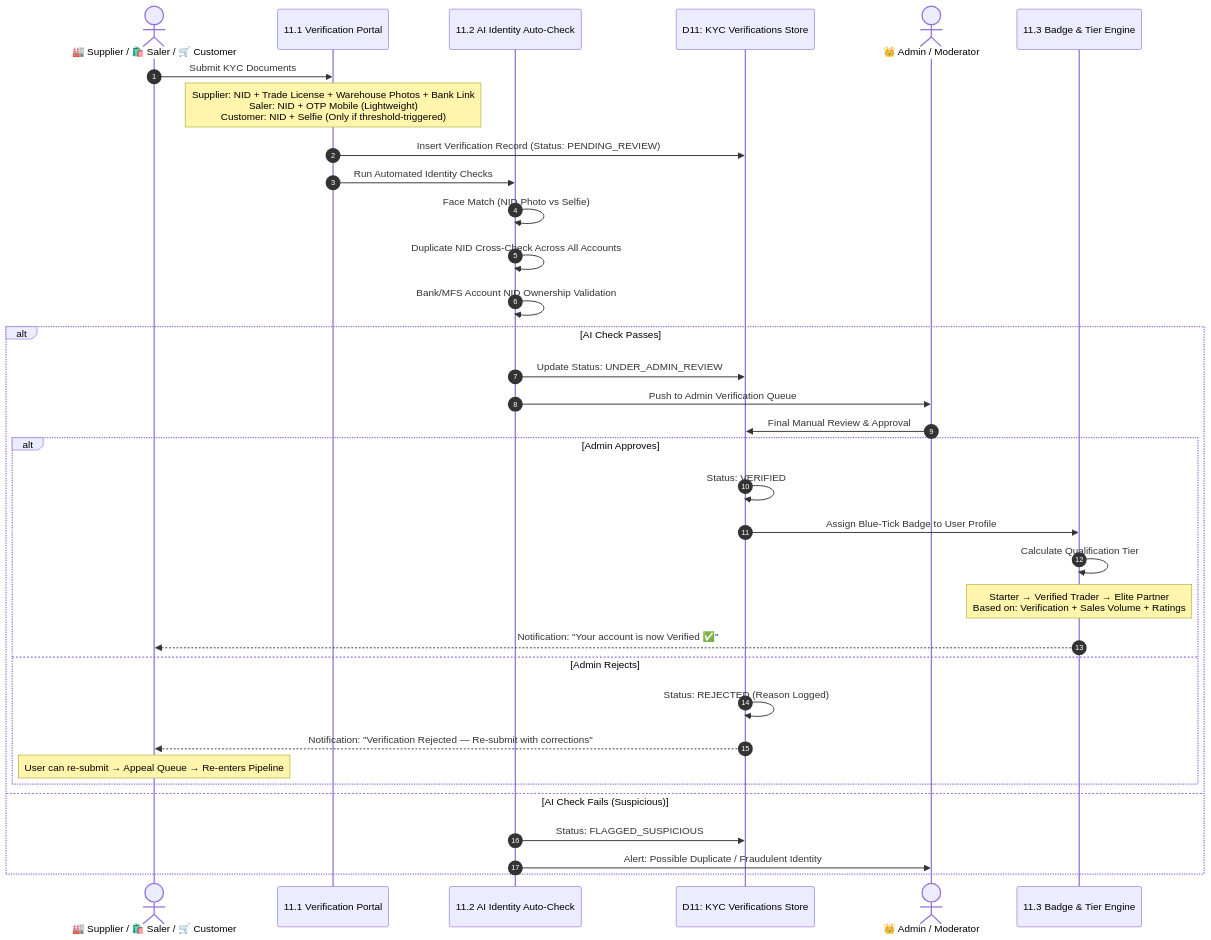
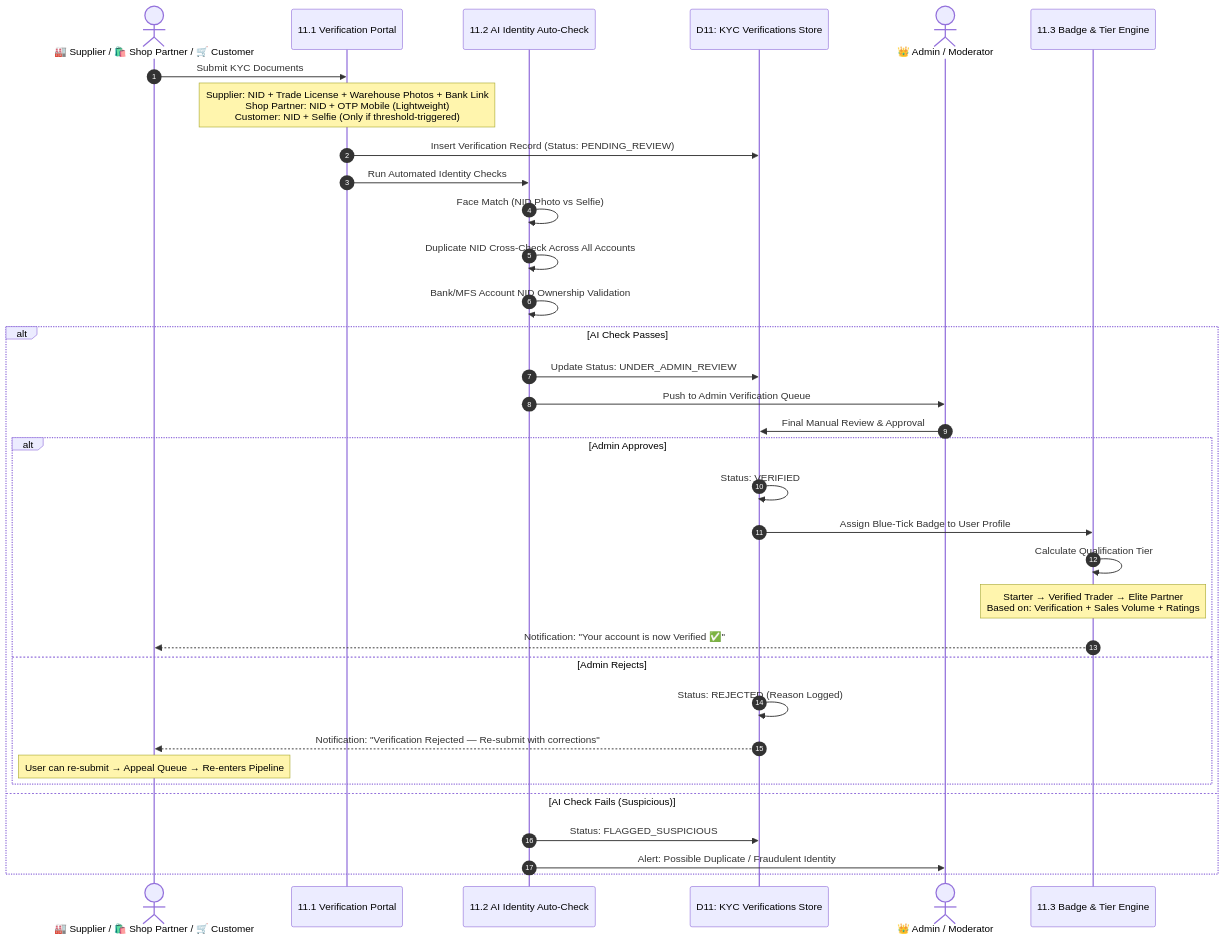
One commit to ashrafulta2/Explooro changed the ninth of 18 diagrams in docs/DFD.md. Above: the diagram before and after it, drawn with Mermaid. The commit also changed other lines of this file and 325 other files, not shown here.

First line of the commit message:
refactor: rename "Saler" and "Seller" to "Shop Partner" in all display text

````diff
--- a/docs/DFD.md
+++ b/docs/DFD.md
@@ -372,41 +372,41 @@
 ```mermaid
 sequenceDiagram
     autonumber
-    actor User as 🏭 Supplier / 🛍️ Saler / 🛒 Customer
+    actor User as 🏭 Supplier / 🛍️ Shop Partner / 🛒 Customer
     participant VerifyUI as 11.1 Verification Portal
     participant AICheck as 11.2 AI Identity Auto-Check
     participant KYC_DB as D11: KYC Verifications Store
     actor Admin as 👑 Admin / Moderator
     participant BadgeEngine as 11.3 Badge & Tier Engine
 
     User->>VerifyUI: Submit KYC Documents
-    Note over VerifyUI: Supplier: NID + Trade License + Warehouse Photos + Bank Link<br/>Saler: NID + OTP Mobile (Lightweight)<br/>Customer: NID + Selfie (Only if threshold-triggered)
+    Note over VerifyUI: Supplier: NID + Trade License + Warehouse Photos + Bank Link<br/>Shop Partner: NID + OTP Mobile (Lightweight)<br/>Customer: NID + Selfie (Only if threshold-triggered)
 
     VerifyUI->>KYC_DB: Insert Verification Record (Status: PENDING_REVIEW)
     VerifyUI->>AICheck: Run Automated Identity Checks
 
     AICheck->>AICheck: Face Match (NID Photo vs Selfie)
     AICheck->>AICheck: Duplicate NID Cross-Check Across All Accounts
     AICheck->>AICheck: Bank/MFS Account NID Ownership Validation
 
     alt AI Check Passes
         AICheck->>KYC_DB: Update Status: UNDER_ADMIN_REVIEW
         AICheck->>Admin: Push to Admin Verification Queue
         Admin->>KYC_DB: Final Manual Review & Approval
         
         alt Admin Approves
             KYC_DB->>KYC_DB: Status: VERIFIED
             KYC_DB->>BadgeEngine: Assign Blue-Tick Badge to User Profile
             BadgeEngine->>BadgeEngine: Calculate Qualification Tier
             Note over BadgeEngine: Starter → Verified Trader → Elite Partner<br/>Based on: Verification + Sales Volume + Ratings
             BadgeEngine-->>User: Notification: "Your account is now Verified ✅"
         else Admin Rejects
             KYC_DB->>KYC_DB: Status: REJECTED (Reason Logged)
             KYC_DB-->>User: Notification: "Verification Rejected — Re-submit with corrections"
             Note over User: User can re-submit → Appeal Queue → Re-enters Pipeline
         end
     else AI Check Fails (Suspicious)
         AICheck->>KYC_DB: Status: FLAGGED_SUSPICIOUS
         AICheck->>Admin: Alert: Possible Duplicate / Fraudulent Identity
     end
 ```
````
